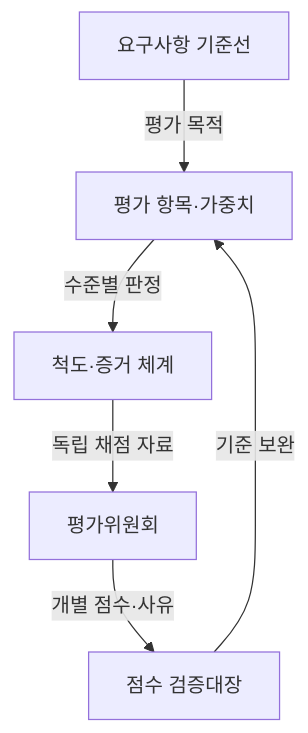
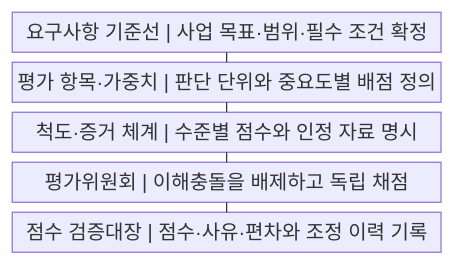
The first of 2 diagrams in src/content/docs/notes/03-software/224_software_technology_evaluation.md (agnusdei1207/knowledge-base), drawn with Mermaid before and after one commit. The commit also changed other lines of this file and 20 other files, not shown here.

````diff
--- a/src/content/docs/notes/03-software/224_software_technology_evaluation.md
+++ b/src/content/docs/notes/03-software/224_software_technology_evaluation.md
@@ -53,8 +53,13 @@
 ```mermaid
-flowchart TB
-    A["요구사항 기준선"] -->|평가 목적| B["평가 항목·가중치"]
-    B -->|수준별 판정| C["척도·증거 체계"]
-    C -->|독립 채점 자료| D["평가위원회"]
-    D -->|개별 점수·사유| E["점수 검증대장"]
-    E -->|기준 보완| B
+block
+    columns 1
+    A["요구사항 기준선 | 사업 목표·범위·필수 조건 확정"]
+    B["평가 항목·가중치 | 판단 단위와 중요도별 배점 정의"]
+    C["척도·증거 체계 | 수준별 점수와 인정 자료 명시"]
+    D["평가위원회 | 이해충돌을 배제하고 독립 채점"]
+    E["점수 검증대장 | 점수·사유·편차와 조정 이력 기록"]
+    A --- B
+    B --- C
+    C --- D
+    D --- E
 ```
````
